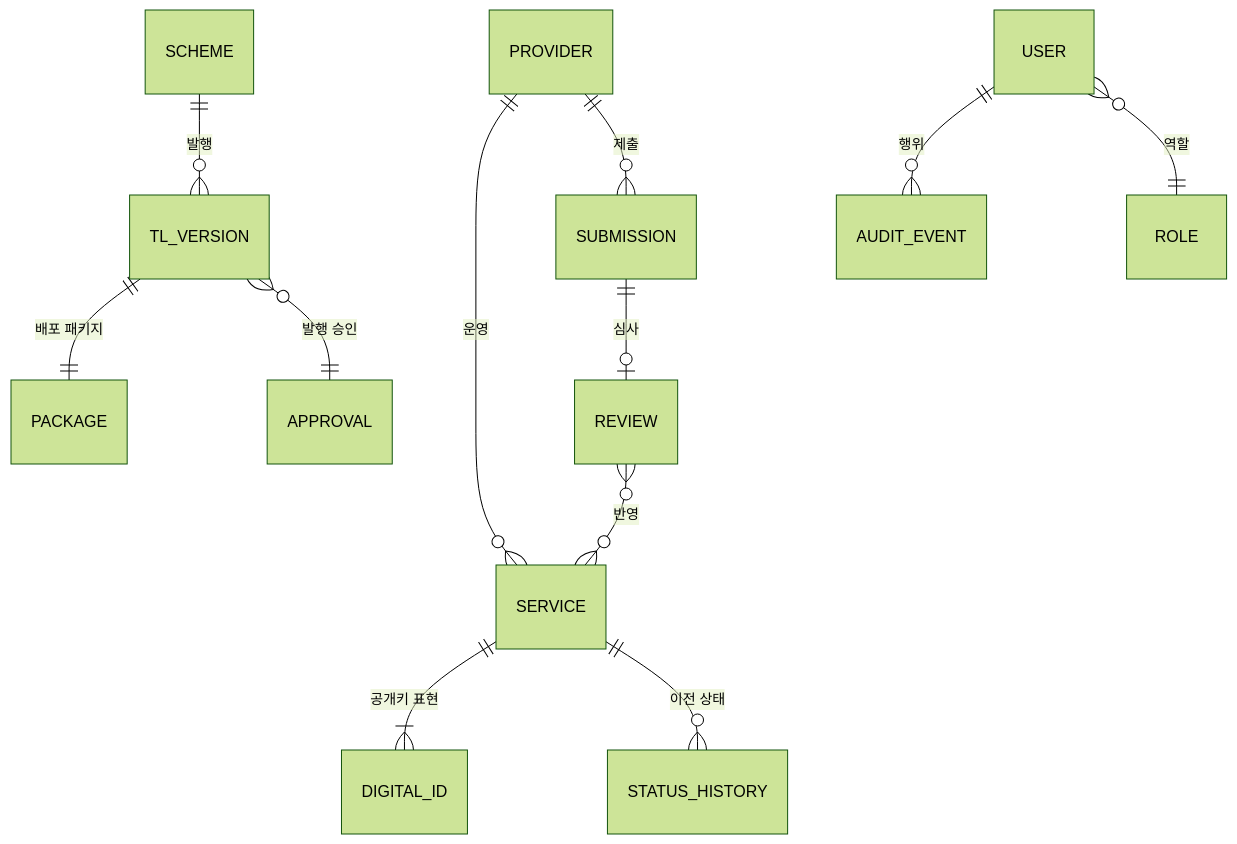
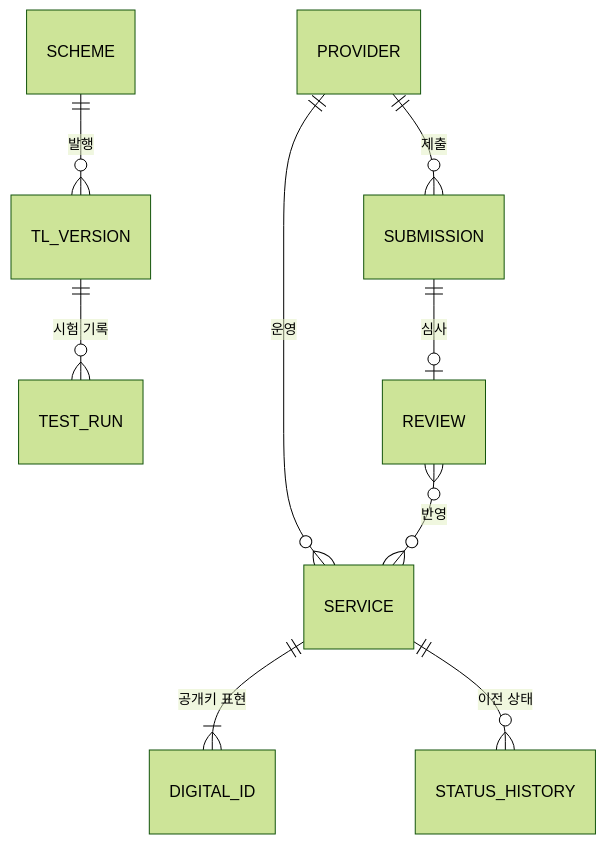
One commit to yongsungkim-electcerti/kr-dss changed the diagram in docs/design/KR-TL-관리시스템/15-논리데이터모델-코드범위.md. Above: the diagram before and after it, drawn with Mermaid (forest theme). The commit also changed other lines of this file and 22 other files, not shown here.

````diff
--- a/docs/design/KR-TL-관리시스템/15-논리데이터모델-코드범위.md
+++ b/docs/design/KR-TL-관리시스템/15-논리데이터모델-코드범위.md
@@ -8,14 +8,11 @@
 ```mermaid
 erDiagram
     SCHEME ||--o{ TL_VERSION : "발행"
     PROVIDER ||--o{ SERVICE : "운영"
     SERVICE ||--|{ DIGITAL_ID : "공개키 표현"
     SERVICE ||--o{ STATUS_HISTORY : "이전 상태"
     PROVIDER ||--o{ SUBMISSION : "제출"
     SUBMISSION ||--o| REVIEW : "심사"
     REVIEW }o--o{ SERVICE : "반영"
-    TL_VERSION ||--|| PACKAGE : "배포 패키지"
-    TL_VERSION }o--|| APPROVAL : "발행 승인"
-    USER ||--o{ AUDIT_EVENT : "행위"
-    USER }o--|| ROLE : "역할"
+    TL_VERSION ||--o{ TEST_RUN : "시험 기록"
 ```
````
